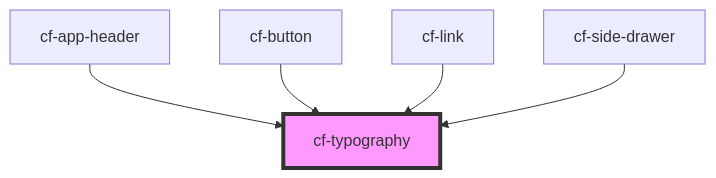
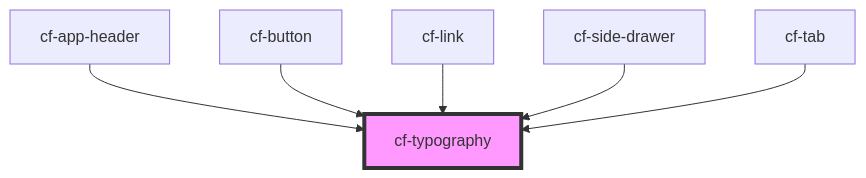
The diagram in src/components/cf-typography/readme.md (DriLLFreAK100/codefee-component), drawn with Mermaid before and after one commit. The commit also changed other lines of this file and 2 other files, not shown here.

Commit message:
chore: sync docs and version

````diff
--- a/src/components/cf-typography/readme.md
+++ b/src/components/cf-typography/readme.md
@@ -26,8 +27,9 @@
 ```mermaid
 graph TD;
   cf-app-header --> cf-typography
   cf-button --> cf-typography
   cf-link --> cf-typography
   cf-side-drawer --> cf-typography
+  cf-tab --> cf-typography
   style cf-typography fill:#f9f,stroke:#333,stroke-width:4px
 ```
````
